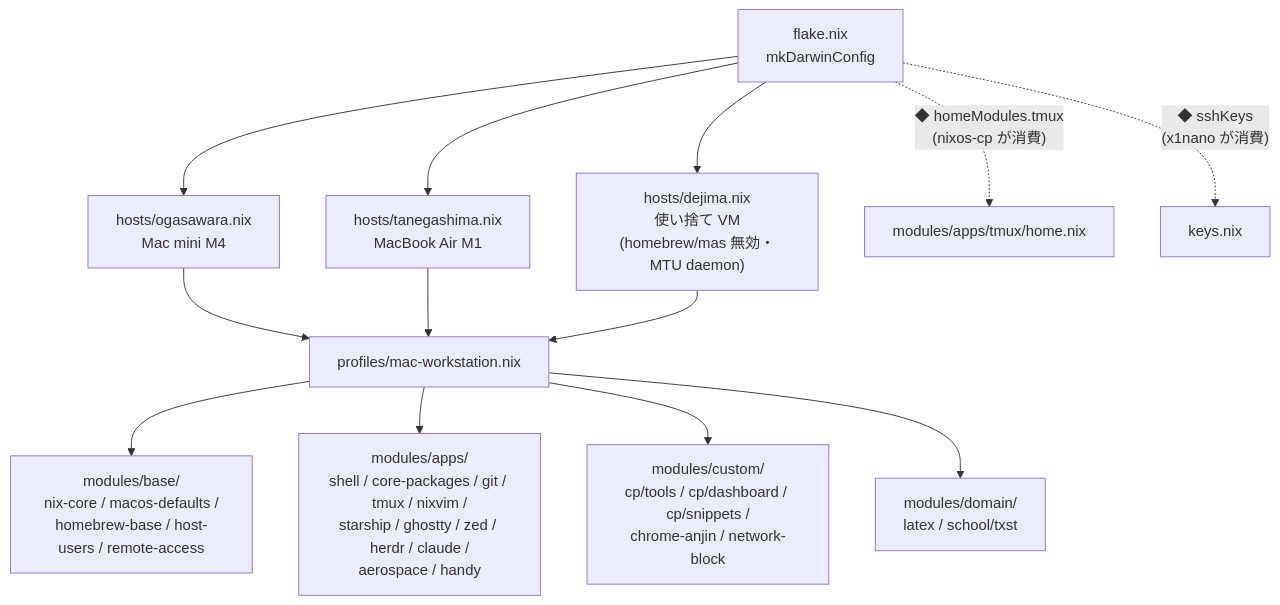
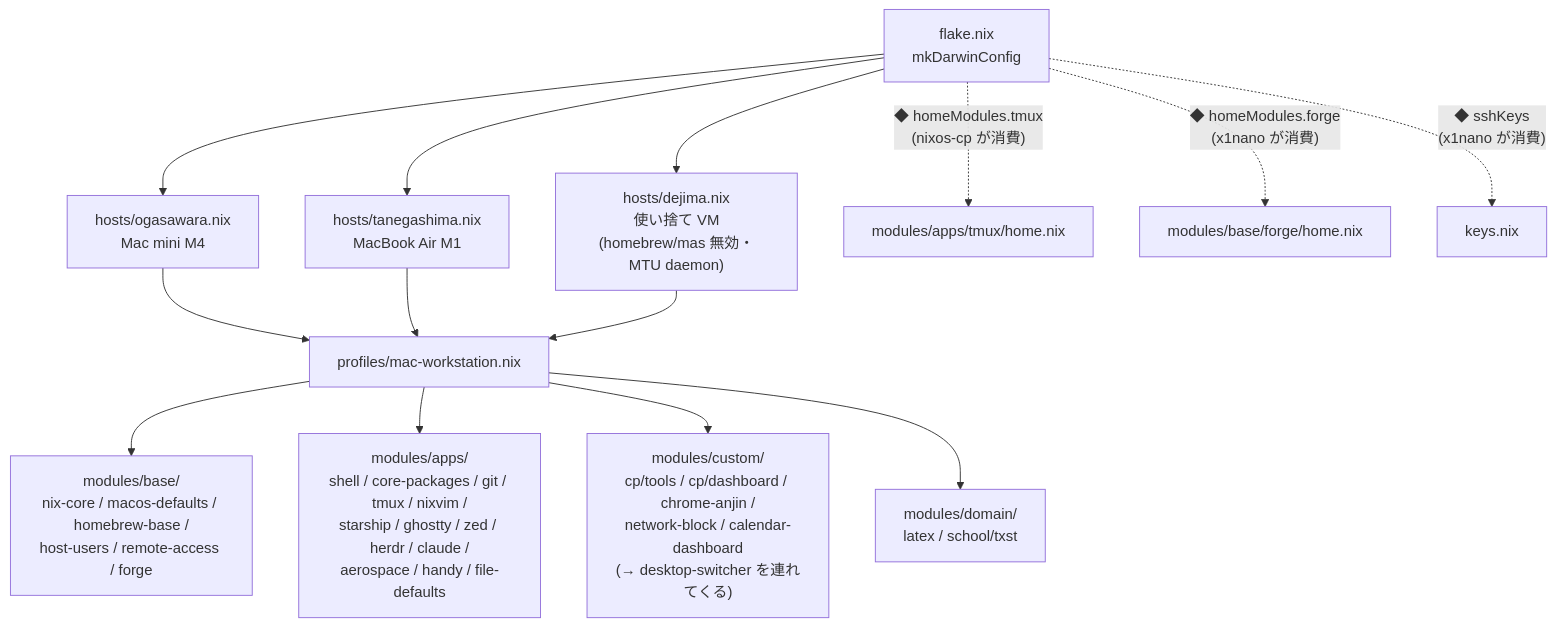
One commit to MeJamoLeo/nix-darwin-conf changed the first of 2 diagrams in README.md. Above: the diagram before and after it, drawn with Mermaid. The commit also changed other lines of this file and 1 other file, not shown here.

Commit message:
docs: モジュール一覧を profile の実態に追従（forge / file-defaults / caldash）
README の mermaid と modules/CLAUDE.md の 4バケツ表が、後から生えた
base/forge・apps/file-defaults・custom/calendar-dashboard(+desktop-switcher) を
拾えていなかった。あわせて外部公開 output の一覧に homeModules.forge を追記し、
README の custom ノードから profile が import していない cp/snippets を外す
（実体は nixvim が symlink で参照するアセット）。

````diff
--- a/README.md
+++ b/README.md
@@ -34,18 +34,19 @@
 ```mermaid
 graph TD
     flake["flake.nix<br/>mkDarwinConfig"] --> ogasawara["hosts/ogasawara.nix<br/>Mac mini M4"]
     flake --> tanegashima["hosts/tanegashima.nix<br/>MacBook Air M1"]
     flake --> dejima["hosts/dejima.nix<br/>使い捨て VM<br/>(homebrew/mas 無効・MTU daemon)"]
 
     ogasawara --> profile["profiles/mac-workstation.nix"]
     tanegashima --> profile
     dejima --> profile
 
-    profile --> base["modules/base/<br/>nix-core / macos-defaults /<br/>homebrew-base / host-users / remote-access"]
-    profile --> apps["modules/apps/<br/>shell / core-packages / git / tmux / nixvim /<br/>starship / ghostty / zed / herdr / claude /<br/>aerospace / handy"]
-    profile --> custom["modules/custom/<br/>cp/tools / cp/dashboard / cp/snippets /<br/>chrome-anjin / network-block"]
+    profile --> base["modules/base/<br/>nix-core / macos-defaults / homebrew-base /<br/>host-users / remote-access / forge"]
+    profile --> apps["modules/apps/<br/>shell / core-packages / git / tmux / nixvim /<br/>starship / ghostty / zed / herdr / claude /<br/>aerospace / handy / file-defaults"]
+    profile --> custom["modules/custom/<br/>cp/tools / cp/dashboard / chrome-anjin /<br/>network-block / calendar-dashboard<br/>(→ desktop-switcher を連れてくる)"]
     profile --> domain["modules/domain/<br/>latex / school/txst"]
 
     flake -. "◆ homeModules.tmux<br/>(nixos-cp が消費)" .-> tmux["modules/apps/tmux/home.nix"]
+    flake -. "◆ homeModules.forge<br/>(x1nano が消費)" .-> forge["modules/base/forge/home.nix"]
     flake -. "◆ sshKeys<br/>(x1nano が消費)" .-> keys["keys.nix"]
 ```
````
